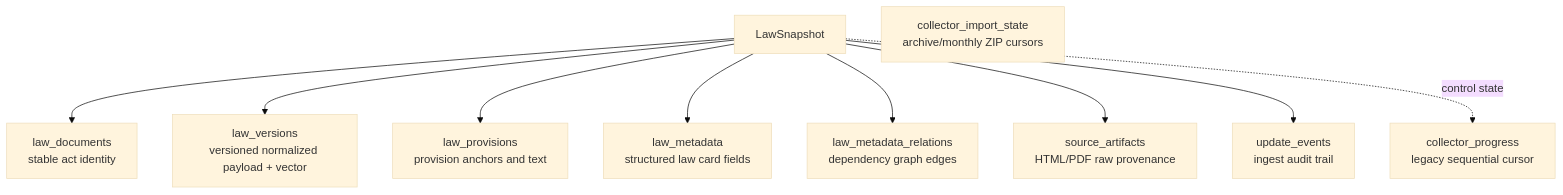
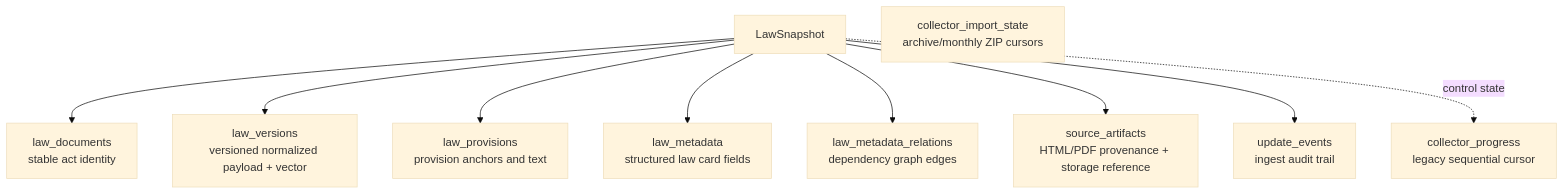
Before and after one commit to mmaideveloper/aijurisdictionagents: the fourth of 5 diagrams in docs/LAWS_COLLECTOR_ARCHITECTURE.md, drawn with Mermaid (base theme). The commit also changed other lines of this file and 42 other files, not shown here.

Commit message:
Add law source citations and artifact-backed laws storage

````diff
--- a/docs/LAWS_COLLECTOR_ARCHITECTURE.md
+++ b/docs/LAWS_COLLECTOR_ARCHITECTURE.md
@@ -307,22 +310,22 @@
 ```mermaid
 flowchart TB
     SNAP["LawSnapshot"]
     DOC["law_documents\nstable act identity"]
     VER["law_versions\nversioned normalized payload + vector"]
     PROV["law_provisions\nprovision anchors and text"]
     META["law_metadata\nstructured law card fields"]
     REL["law_metadata_relations\ndependency graph edges"]
-    ART["source_artifacts\nHTML/PDF raw provenance"]
+    ART["source_artifacts\nHTML/PDF provenance + storage reference"]
     EVT["update_events\ningest audit trail"]
     PROG["collector_progress\nlegacy sequential cursor"]
     ZIPPROG["collector_import_state\narchive/monthly ZIP cursors"]
 
     SNAP --> DOC
     SNAP --> VER
     SNAP --> PROV
     SNAP --> META
     SNAP --> REL
     SNAP --> ART
     SNAP --> EVT
     SNAP -. control state .-> PROG
 ```
````
